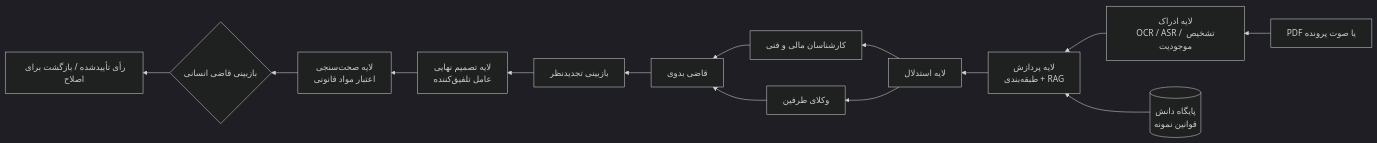
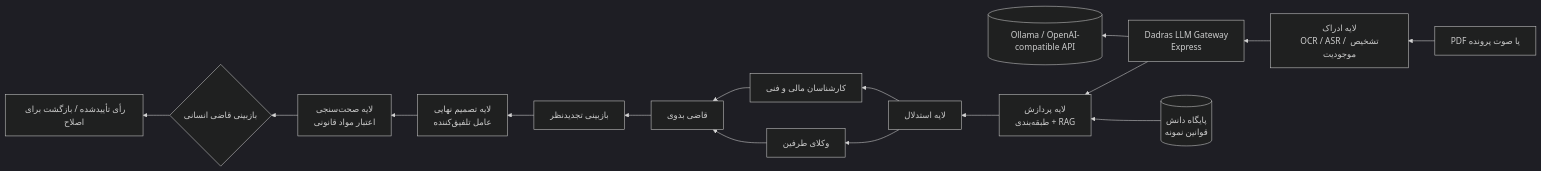
Before and after one commit to Aliamoo79/dadras: the diagram in ARCHITECTURE.md, drawn with Mermaid (dark theme). The commit also changed other lines of this file and 9 other files, not shown here.

````diff
--- a/ARCHITECTURE.md
+++ b/ARCHITECTURE.md
@@ -3,16 +3,18 @@
 ```mermaid
 flowchart RL
     A[PDF یا صوت پرونده] --> P1[لایه ادراک<br/>OCR / ASR / تشخیص موجودیت]
-    P1 --> P2[لایه پردازش<br/>طبقه‌بندی + RAG]
+    P1 --> G[Dadras LLM Gateway<br/>Express]
+    G --> LM[(Ollama / OpenAI-compatible API)]
+    G --> P2[لایه پردازش<br/>طبقه‌بندی + RAG]
     KB[(پایگاه دانش<br/>قوانین نمونه)] --> P2
     P2 --> R[لایه استدلال]
     R --> E[کارشناسان مالی و فنی]
     R --> L[وکلای طرفین]
     E --> J1[قاضی بدوی]
     L --> J1
     J1 --> J2[بازبینی تجدیدنظر]
     J2 --> S[لایه تصمیم نهایی<br/>عامل تلفیق‌کننده]
     S --> V[لایه صحت‌سنجی<br/>اعتبار مواد قانونی]
     V --> H{بازبینی قاضی انسانی}
     H --> O[رأی تأییدشده / بازگشت برای اصلاح]
 ```
````
